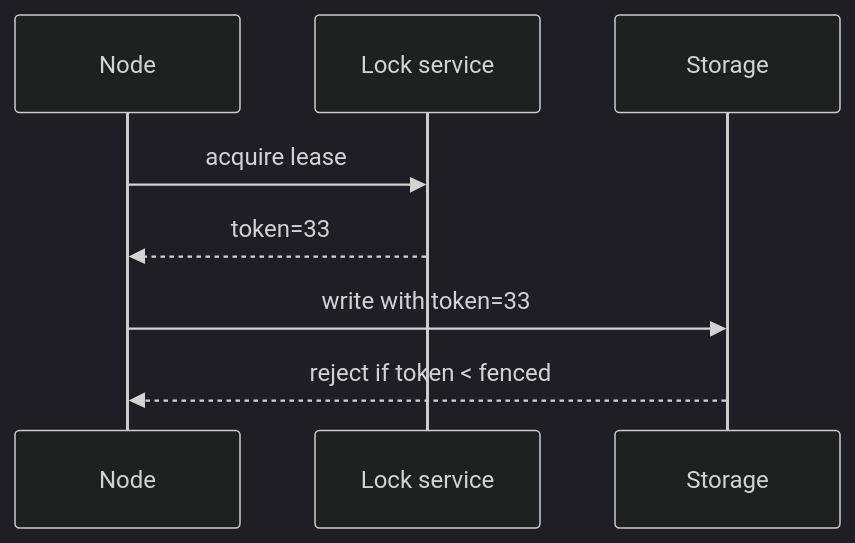
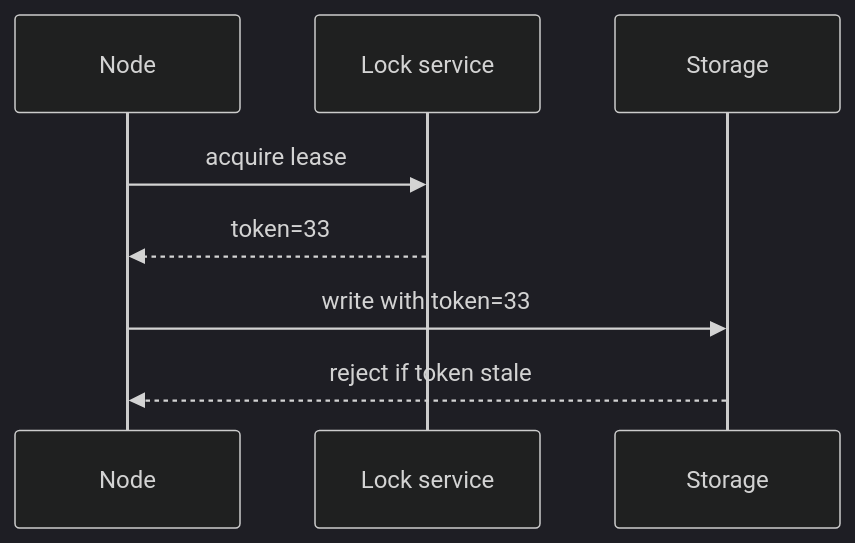
The second of 2 diagrams in _ddia/ch08-trouble-with-distributed-systems.md (pmagnomuller/pmagnomuller.github.io), drawn with Mermaid (dark theme) before and after one commit. The commit also changed other lines of this file and 28 other files, not shown here.

````diff
--- a/_ddia/ch08-trouble-with-distributed-systems.md
+++ b/_ddia/ch08-trouble-with-distributed-systems.md
@@ -27,10 +40,10 @@
 ```mermaid
 sequenceDiagram
   participant N as Node
   participant L as Lock service
   participant S as Storage
   N->>L: acquire lease
   L-->>N: token=33
   N->>S: write with token=33
-  S-->>N: reject if token < fenced
+  S-->>N: reject if token stale
 ```
````
